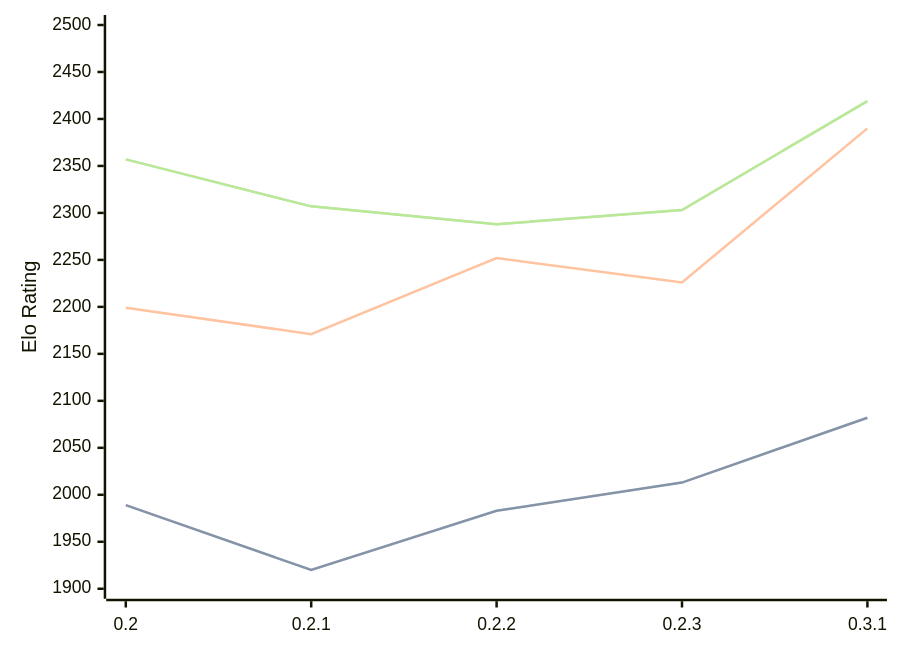
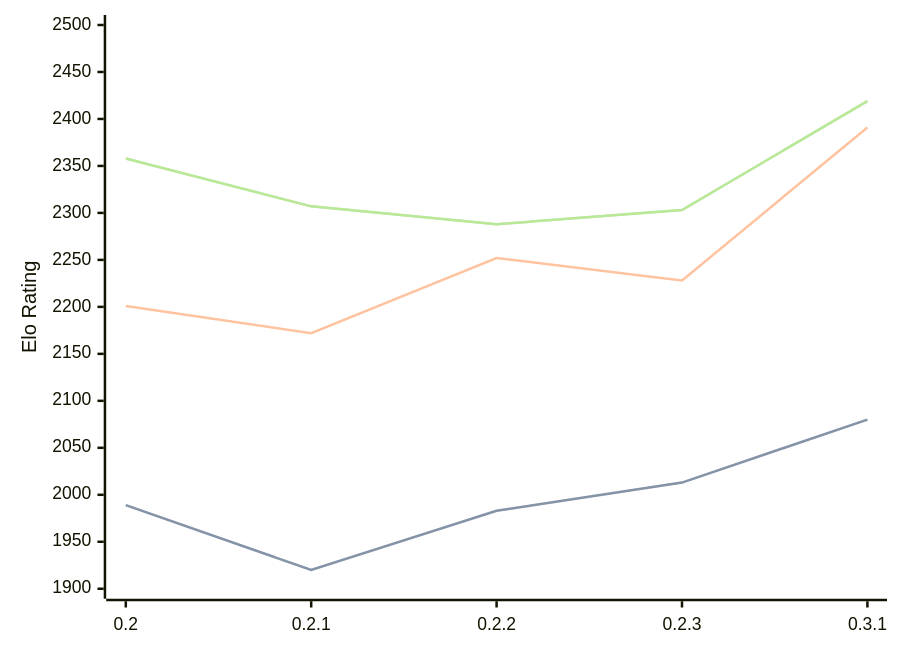
One commit to computer-chess-index/cci changed the diagram in engines/Lolbot.md. Above: the diagram before and after it, drawn with Mermaid. The commit also changed other lines of this file, not shown here.

Commit message:
Update CCI Ratings (ELO VLTC) - 2026-08-15

````diff
--- a/engines/Lolbot.md
+++ b/engines/Lolbot.md
@@ -35,11 +35,11 @@
 ```mermaid
 %%{init: {"theme":"base","themeVariables":{"seriesColors:['#a3a3a3','#222221','#faa371']}}}%%
 xychart-beta
   x-axis ["0.2", "0.2.1", "0.2.2", "0.2.3", "0.3.1"]
   y-axis "Elo Rating" 1900 --> 2500
-  line "STC (8.0+0.08s)" [1989, 1920, 1983, 2013, 2082]
-  line "STC (8.0+0.08s)" [1989, 1920, 1983, 2013, 2082]
-  line "LTC (60.0+0.60s)" [2199, 2171, 2252, 2226, 2390]
-  line "VLTC (2m24s+1.12s)" [2357, 2307, 2288, 2303, 2419]
-  line "VLTC (2m24s+1.12s)" [2357, 2307, 2288, 2303, 2419]
+  line "STC (8.0+0.08s)" [1989, 1920, 1983, 2013, 2080]
+  line "STC (8.0+0.08s)" [1989, 1920, 1983, 2013, 2080]
+  line "LTC (60.0+0.60s)" [2201, 2172, 2252, 2228, 2391]
+  line "VLTC (2m24s+1.12s)" [2358, 2307, 2288, 2303, 2419]
+  line "VLTC (2m24s+1.12s)" [2358, 2307, 2288, 2303, 2419]
 ```
````
